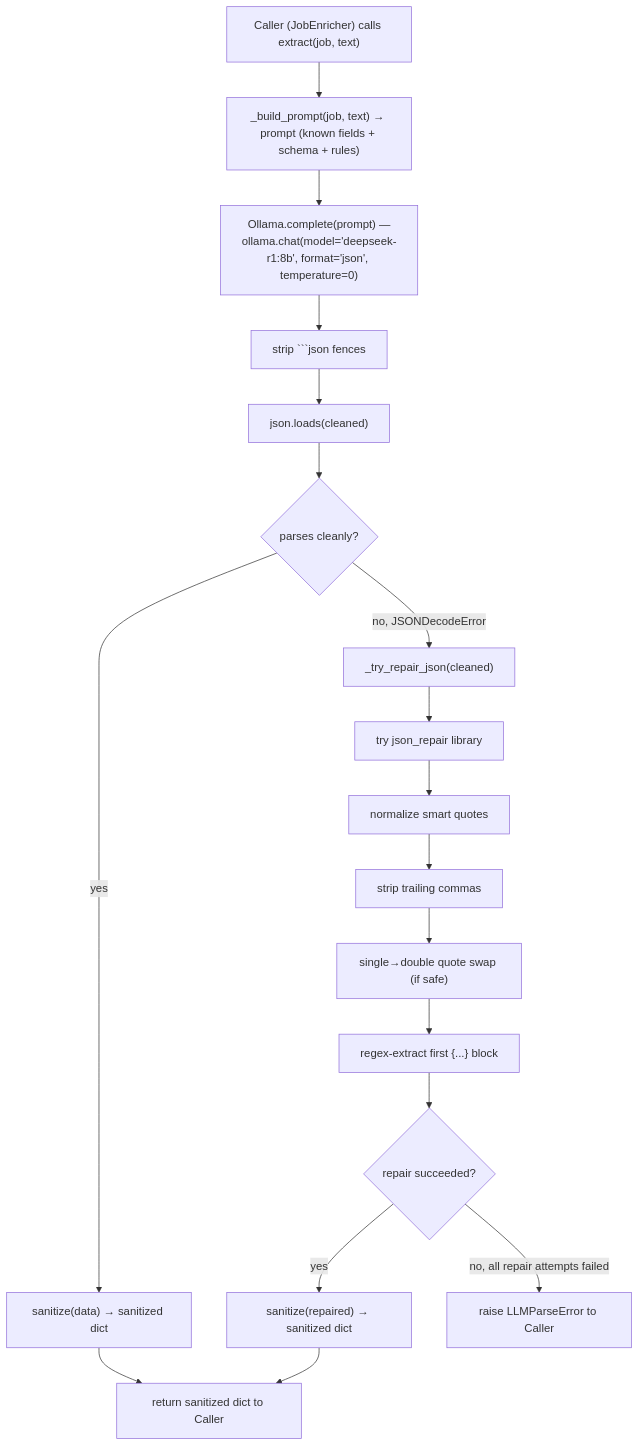
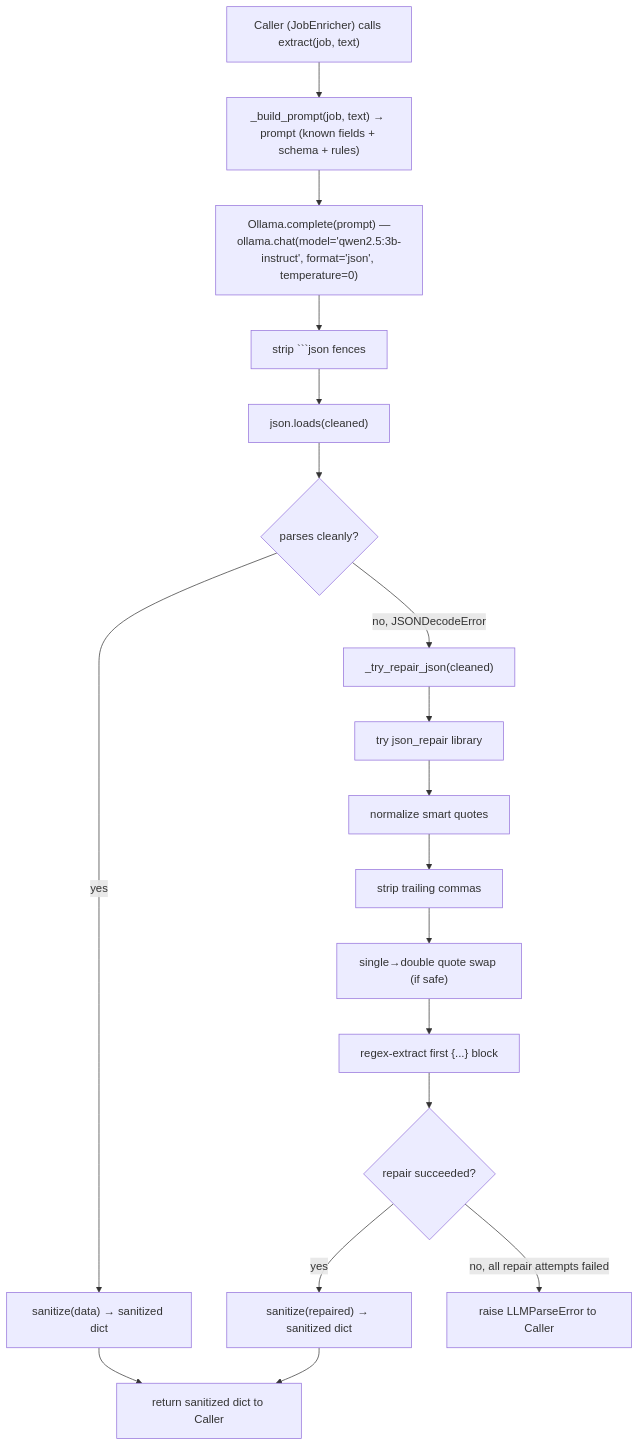
Before and after one commit to AustinDwomoh/libra: the diagram in docs/diagrams/llm_seq.md, drawn with Mermaid. The commit also changed 18 other files, not shown here.

````diff
--- a/docs/diagrams/llm_seq.md
+++ b/docs/diagrams/llm_seq.md
@@ -1,21 +1,21 @@
 ```mermaid
 %% flowchart — LLMProvider.extract() with JSON repair pipeline
 flowchart TD
     A["Caller (JobEnricher) calls extract(job, text)"] --> B["_build_prompt(job, text) → prompt (known fields + schema + rules)"]
-    B --> C["Ollama.complete(prompt) —<br/>ollama.chat(model='deepseek-r1:8b', format='json', temperature=0)"]
+    B --> C["Ollama.complete(prompt) —<br/>ollama.chat(model='qwen2.5:3b-instruct', format='json', temperature=0)"]
     C --> D["strip ```json fences"]
     D --> E["json.loads(cleaned)"]
     E --> F{parses cleanly?}
     F -->|yes| G["sanitize(data) → sanitized dict"]
     G --> H[return sanitized dict to Caller]
     F -->|no, JSONDecodeError| I["_try_repair_json(cleaned)"]
     I --> J[try json_repair library]
     J --> K[normalize smart quotes]
     K --> L[strip trailing commas]
     L --> M["single→double quote swap (if safe)"]
     M --> N["regex-extract first {...} block"]
     N --> O{repair succeeded?}
     O -->|yes| P["sanitize(repaired) → sanitized dict"]
     P --> H
     O -->|no, all repair attempts failed| Q["raise LLMParseError to Caller"]
 ```
````
